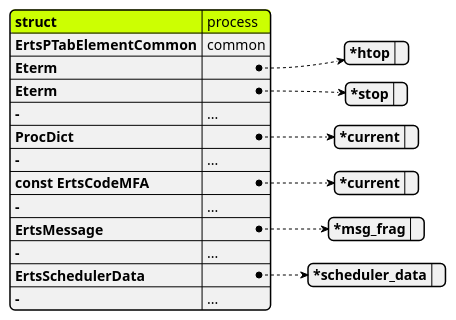
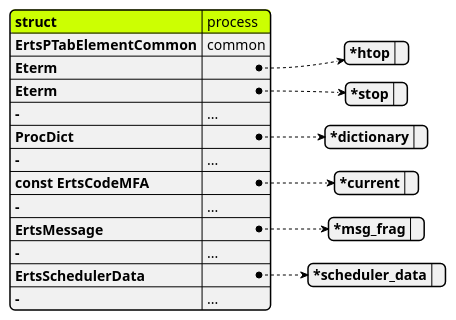
Before and after one commit to ohr486/ErlHG: the first of 4 diagrams in data.md, drawn with PlantUML.

Commit message:
fix dict name

````diff
--- a/data.md
+++ b/data.md
@@ -7,21 +7,21 @@
 ```plantuml
 @startjson
 #highlight "struct"
 #highlight "ProcDict": "struct"
 {
     "struct": "process",
     "ErtsPTabElementCommon": "common",
     "Eterm": {"*htop": ""},
     "Eterm": {"*stop": ""},
     "-": "...",
-    "ProcDict": {"*current": ""},
+    "ProcDict": {"*dictionary": ""},
     "-": "...",
     "const ErtsCodeMFA": {"*current": ""},
     "-": "...",
     "ErtsMessage": {"*msg_frag": ""},
     "-": "...",
     "ErtsSchedulerData": {"*scheduler_data": ""},
     "-": "..."
 }
 @endjson
 ```
````
